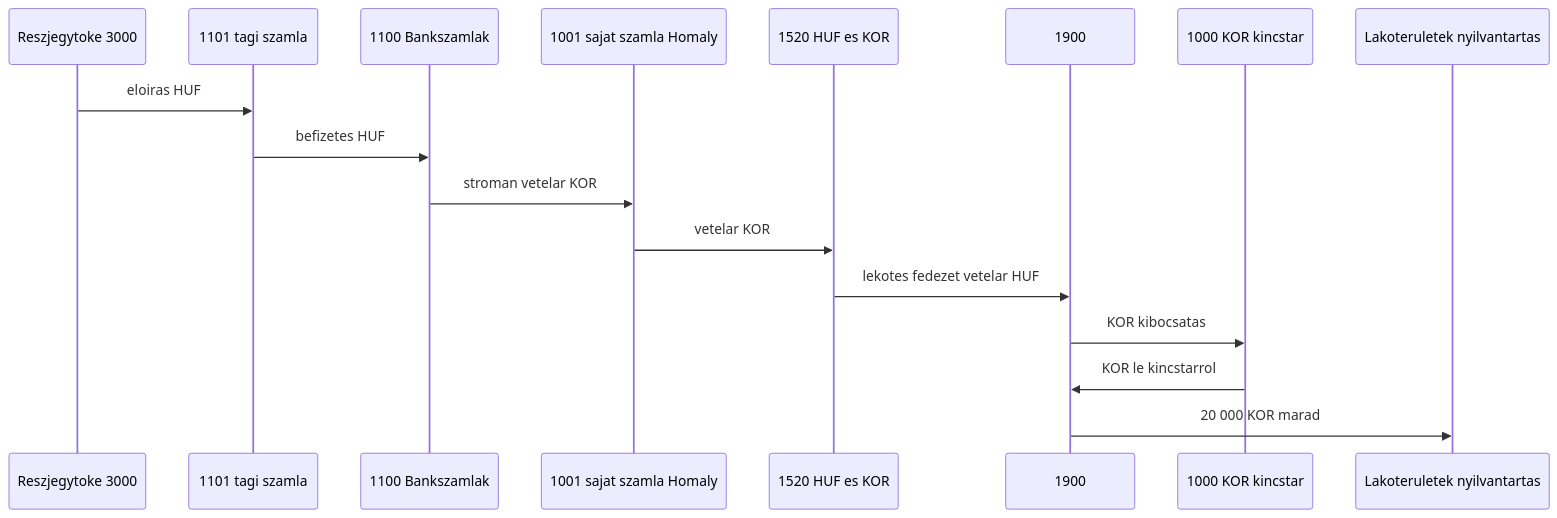
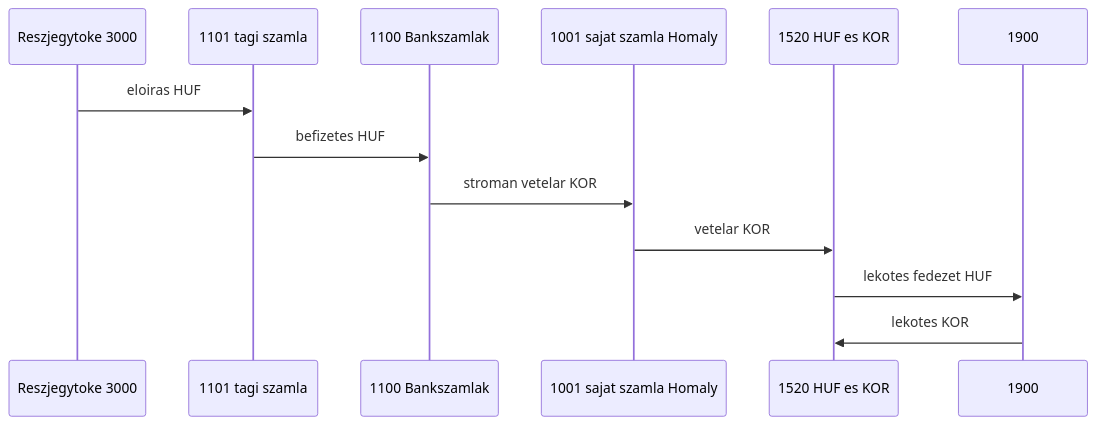
The fourth of 15 diagrams in docs/transaction-workflow.md (pitiboy/curr), drawn with Mermaid before and after one commit. The commit also changed other lines of this file and 8 other files, not shown here.

````diff
--- a/docs/transaction-workflow.md
+++ b/docs/transaction-workflow.md
@@ -247,20 +239,16 @@
 ```mermaid
 sequenceDiagram
   participant Toke as Reszjegytoke 3000
   participant Tag as 1101 tagi szamla
   participant Bank as 1100 Bankszamlak
   participant Sajat as 1001 sajat szamla Homaly
   participant Ingatlan as 1520 HUF es KOR
   participant Atv as 1900
-  participant Kt as 1000 KOR kincstar
-  participant Nyilv as Lakoteruletek nyilvantartas
 
   Toke->>Tag: eloiras HUF
   Tag->>Bank: befizetes HUF
   Bank->>Sajat: stroman vetelar KOR
   Sajat->>Ingatlan: vetelar KOR
-  Ingatlan->>Atv: lekotes fedezet vetelar HUF
-  Atv->>Kt: KOR kibocsatas
-  Kt->>Atv: KOR le kincstarrol
-  Atv->>Nyilv: 20 000 KOR marad
+  Ingatlan->>Atv: lekotes fedezet HUF
+  Atv->>Ingatlan: lekotes KOR
 ```
````
